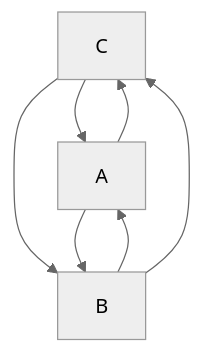
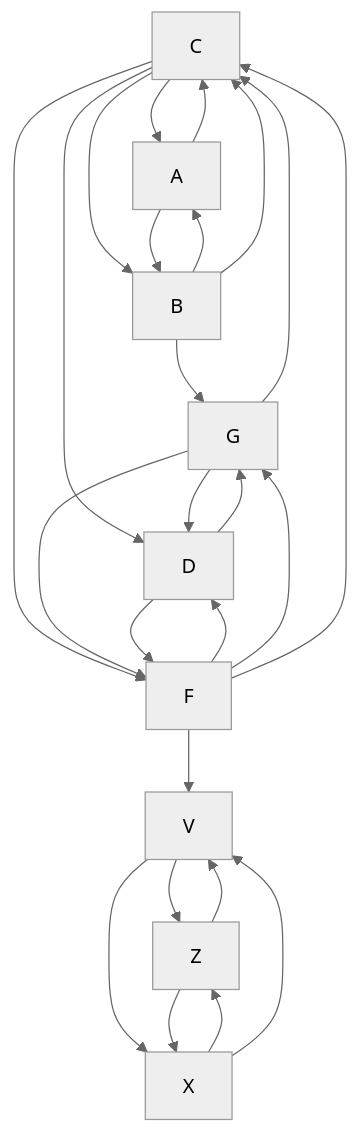
Before and after one commit to mshunko101/mshunko101: the diagram in README.md, drawn with Mermaid (neutral theme).

````diff
--- a/README.md
+++ b/README.md
@@ -88,9 +88,27 @@
 ```mermaid
 graph TD;
     C-->A;
     C-->B;
     B-->A;
     A-->B;
     A-->C;
     B-->C;
+    C-->D;
+    B-->G;
+    C-->F;
+    G-->D;
+    G-->F;
+    F-->D;
+    D-->F;
+    D-->G;
+    F-->G;
+    F-->C;
+    F-->V;
+    G-->C;
+    V-->Z;
+    V-->X;
+    X-->Z;
+    Z-->X;
+    Z-->V;
+    X-->V;
 ```
````
